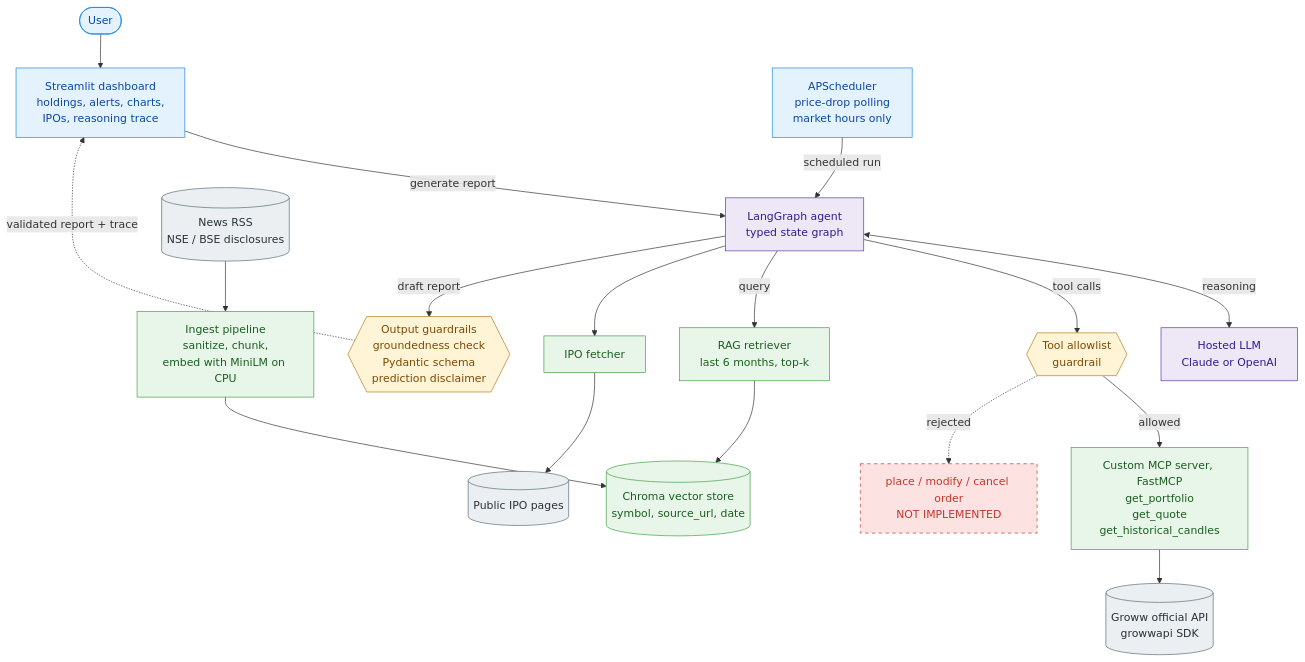
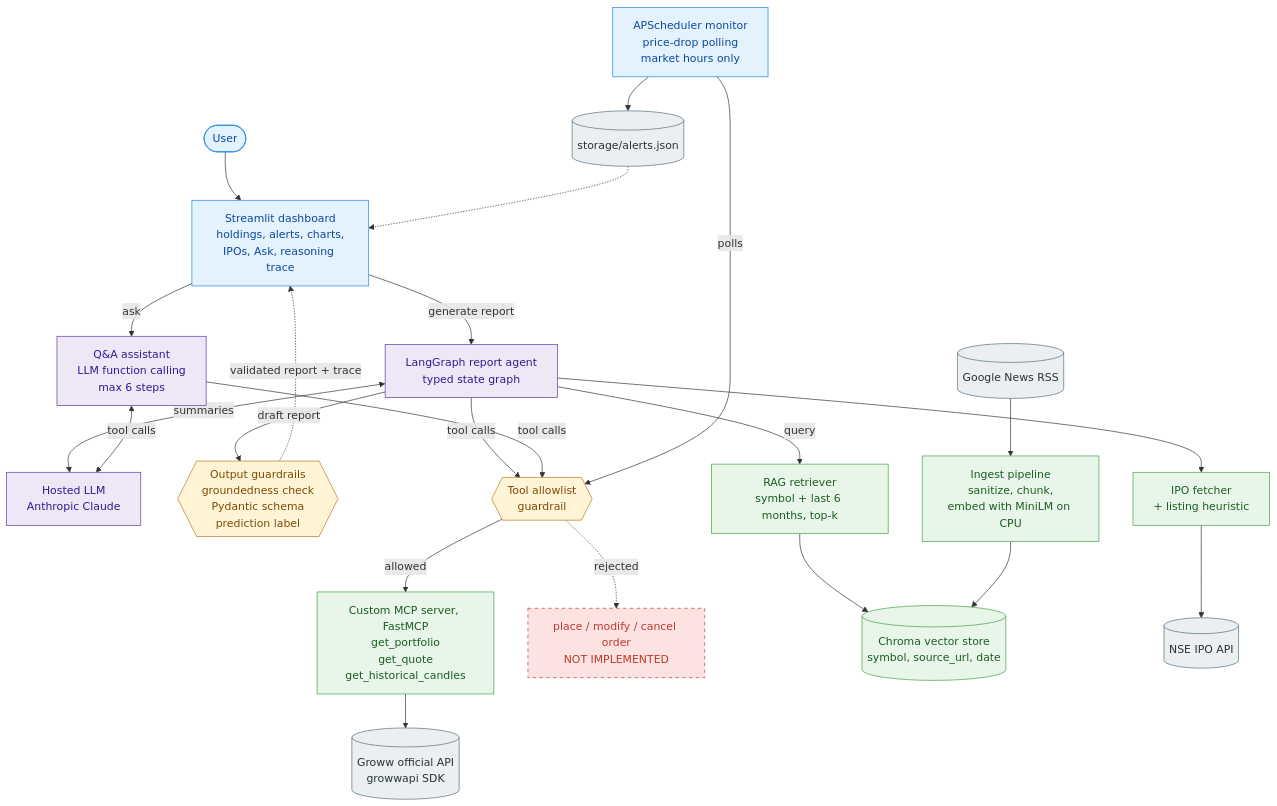
The first of 3 diagrams in README.md (BeastHarsha/StockRecommendationSystem), drawn with Mermaid before and after one commit. The commit also changed other lines of this file and 26 other files, not shown here.

````diff
--- a/README.md
+++ b/README.md
@@ -31,49 +35,56 @@
 ```mermaid
 flowchart TB
     User(["User"])
-    UI["Streamlit dashboard<br/>holdings, alerts, charts,<br/>IPOs, reasoning trace"]
-    SCH["APScheduler<br/>price-drop polling<br/>market hours only"]
-    AG["LangGraph agent<br/>typed state graph"]
-    LLM["Hosted LLM<br/>Claude or OpenAI"]
-    OUT{{"Output guardrails<br/>groundedness check<br/>Pydantic schema<br/>prediction disclaimer"}}
+    UI["Streamlit dashboard<br/>holdings, alerts, charts,<br/>IPOs, Ask, reasoning trace"]
+    SCH["APScheduler monitor<br/>price-drop polling<br/>market hours only"]
+    AG["LangGraph report agent<br/>typed state graph"]
+    QA["Q&A assistant<br/>LLM function calling<br/>max 6 steps"]
+    LLM["Hosted LLM<br/>Anthropic Claude"]
+    OUT{{"Output guardrails<br/>groundedness check<br/>Pydantic schema<br/>prediction label"}}
     G1{{"Tool allowlist<br/>guardrail"}}
     MCP["Custom MCP server, FastMCP<br/>get_portfolio<br/>get_quote<br/>get_historical_candles"]
     BLOCKED["place / modify / cancel order<br/>NOT IMPLEMENTED"]
-    RET["RAG retriever<br/>last 6 months, top-k"]
+    RET["RAG retriever<br/>symbol + last 6 months, top-k"]
     VDB[("Chroma vector store<br/>symbol, source_url, date")]
     ING["Ingest pipeline<br/>sanitize, chunk,<br/>embed with MiniLM on CPU"]
-    IPOF["IPO fetcher"]
+    IPOF["IPO fetcher<br/>+ listing heuristic"]
     GROWW[("Groww official API<br/>growwapi SDK")]
-    NEWS[("News RSS<br/>NSE / BSE disclosures")]
-    IPOS[("Public IPO pages")]
+    NEWS[("Google News RSS")]
+    IPOS[("NSE IPO API")]
+    ALERTS[("storage/alerts.json")]
 
     User --> UI
     UI -->|"generate report"| AG
-    SCH -->|"scheduled run"| AG
-    AG <-->|"reasoning"| LLM
+    UI -->|"ask"| QA
+    AG <-->|"summaries"| LLM
+    QA <-->|"tool calls"| LLM
     AG -->|"tool calls"| G1
-    AG -->|"query"| RET
-    AG --> IPOF
+    QA -->|"tool calls"| G1
+    SCH -->|"polls"| G1
     G1 -->|"allowed"| MCP
     G1 -.->|"rejected"| BLOCKED
     MCP --> GROWW
+    AG -->|"query"| RET
     RET --> VDB
     NEWS --> ING
     ING --> VDB
+    AG --> IPOF
     IPOF --> IPOS
     AG -->|"draft report"| OUT
     OUT -.->|"validated report + trace"| UI
+    SCH --> ALERTS
+    ALERTS -.-> UI
 
     classDef present fill:#e3f2fd,stroke:#1e88e5,color:#0d47a1
     classDef orch fill:#ede7f6,stroke:#5e35b1,color:#311b92
     classDef guard fill:#fff4d6,stroke:#b7791f,color:#7c4a03
     classDef tool fill:#e8f5e9,stroke:#43a047,color:#1b5e20
     classDef ext fill:#eceff1,stroke:#546e7a,color:#263238
     classDef blocked fill:#fde2e2,stroke:#c0392b,color:#c0392b,stroke-dasharray: 5 5
     class User,UI,SCH present
-    class AG,LLM orch
+    class AG,QA,LLM orch
     class G1,OUT guard
     class MCP,RET,VDB,ING,IPOF tool
-    class GROWW,NEWS,IPOS ext
+    class GROWW,NEWS,IPOS,ALERTS ext
     class BLOCKED blocked
 ```
````
